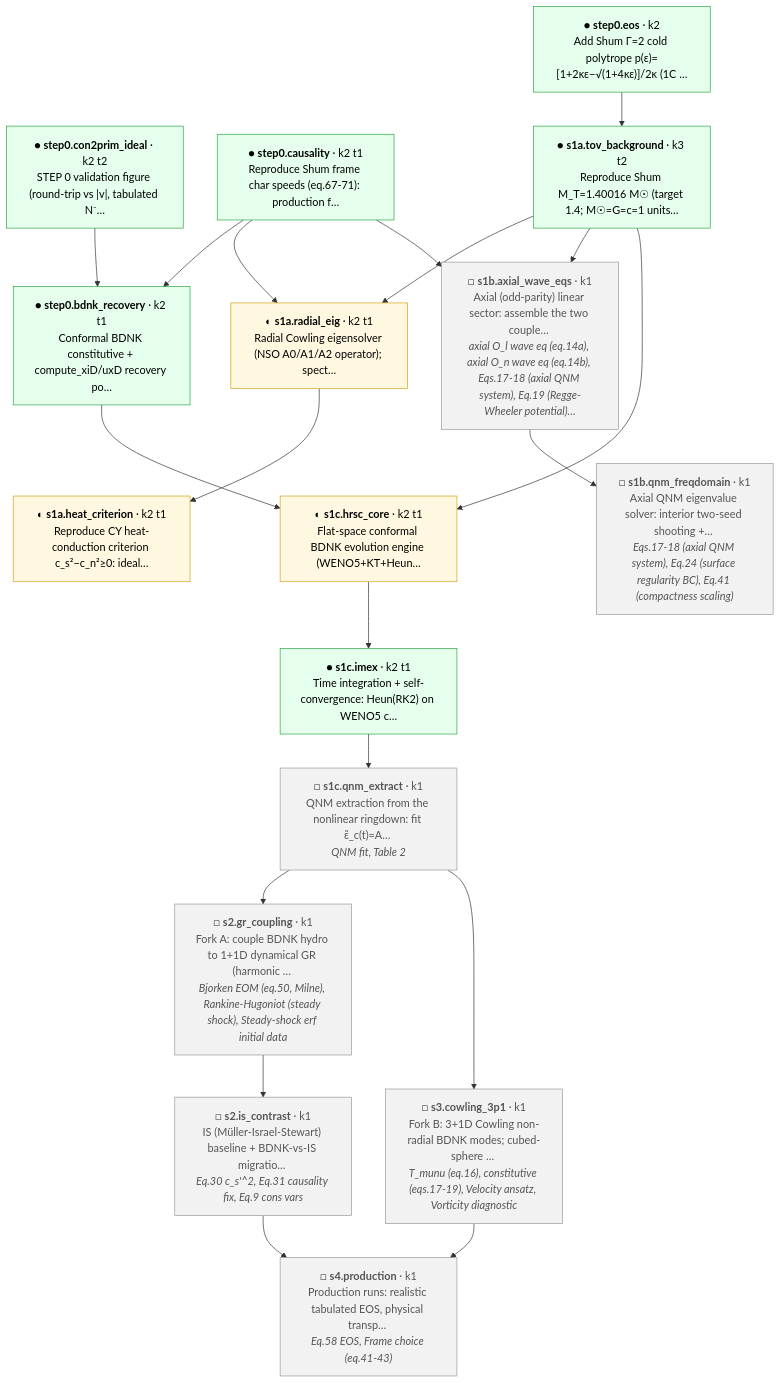
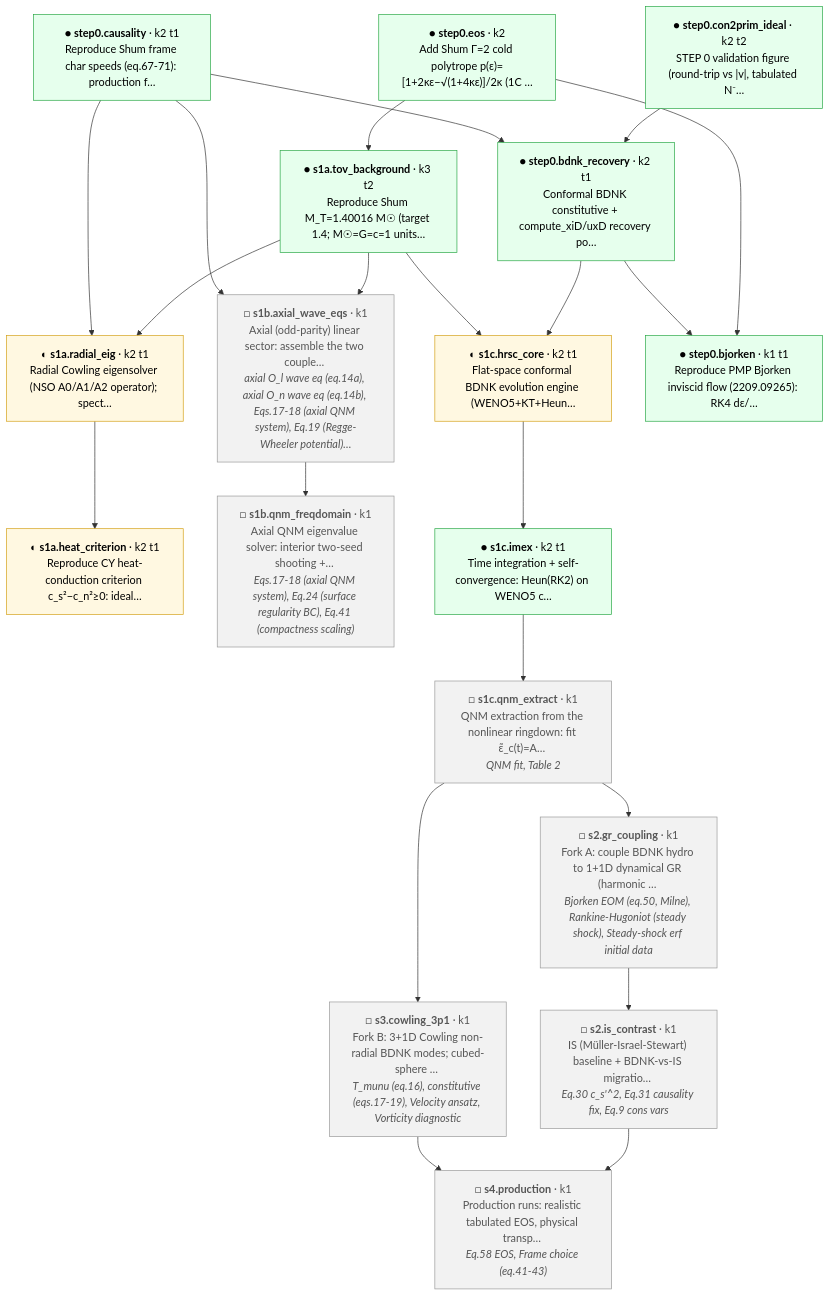
Before and after one commit to FoAKTEE/BDNK: the diagram in progress/dag/project_dag.md, drawn with Mermaid. The commit also changed other lines of this file and 11 other files, not shown here.

First line of the commit message:
feat(bjorken): reproduce PMP Bjorken flow — RK4 Q→16 (2209.09265)

````diff
--- a/progress/dag/project_dag.md
+++ b/progress/dag/project_dag.md
@@ -5,43 +5,46 @@
 ```mermaid
 flowchart TD
   n_step0_eos["● <b>step0.eos</b> · k2<br/>Add Shum Γ=2 cold polytrope p(ε)=[1+2κε−√(1+4κε)]/2κ (1C …"]:::solid
   n_step0_con2prim_ideal["● <b>step0.con2prim_ideal</b> · k2 t2<br/>STEP 0 validation figure (round-trip vs |v|, tabulated N⁻…"]:::solid
   n_step0_causality["● <b>step0.causality</b> · k2 t1<br/>Reproduce Shum frame char speeds (eq.67-71): production f…"]:::solid
   n_step0_bdnk_recovery["● <b>step0.bdnk_recovery</b> · k2 t1<br/>Conformal BDNK constitutive + compute_xiD/uxD recovery po…"]:::solid
   n_s1a_tov_background["● <b>s1a.tov_background</b> · k3 t2<br/>Reproduce Shum M_T=1.40016 M☉ (target 1.4; M☉=G=c=1 units…"]:::solid
   n_s1a_radial_eig["◐ <b>s1a.radial_eig</b> · k2 t1<br/>Radial Cowling eigensolver (NSO A0/A1/A2 operator); spect…"]:::preliminary
   n_s1a_heat_criterion["◐ <b>s1a.heat_criterion</b> · k2 t1<br/>Reproduce CY heat-conduction criterion c_s²−c_n²≥0: ideal…"]:::preliminary
   n_s1b_axial_wave_eqs["□ <b>s1b.axial_wave_eqs</b> · k1<br/>Axial (odd-parity) linear sector: assemble the two couple… <br/><i>axial O_l wave eq (eq.14a), axial O_n wave eq (eq.14b), Eqs.17-18 (axial QNM system), Eq.19 (Regge-Wheeler potential)…</i>"]:::future
   n_s1b_qnm_freqdomain["□ <b>s1b.qnm_freqdomain</b> · k1<br/>Axial QNM eigenvalue solver: interior two-seed shooting +… <br/><i>Eqs.17-18 (axial QNM system), Eq.24 (surface regularity BC), Eq.41 (compactness scaling)</i>"]:::future
   n_s1c_hrsc_core["◐ <b>s1c.hrsc_core</b> · k2 t1<br/>Flat-space conformal BDNK evolution engine (WENO5+KT+Heun…"]:::preliminary
   n_s1c_imex["● <b>s1c.imex</b> · k2 t1<br/>Time integration + self-convergence: Heun(RK2) on WENO5 c…"]:::solid
   n_s1c_qnm_extract["□ <b>s1c.qnm_extract</b> · k1<br/>QNM extraction from the nonlinear ringdown: fit ε̃_c(t)=A… <br/><i>QNM fit, Table 2</i>"]:::future
   n_s2_gr_coupling["□ <b>s2.gr_coupling</b> · k1<br/>Fork A: couple BDNK hydro to 1+1D dynamical GR (harmonic … <br/><i>Bjorken EOM (eq.50, Milne), Rankine-Hugoniot (steady shock), Steady-shock erf initial data</i>"]:::future
   n_s2_is_contrast["□ <b>s2.is_contrast</b> · k1<br/>IS (Müller-Israel-Stewart) baseline + BDNK-vs-IS migratio… <br/><i>Eq.30 c_s'^2, Eq.31 causality fix, Eq.9 cons vars</i>"]:::future
   n_s3_cowling_3p1["□ <b>s3.cowling_3p1</b> · k1<br/>Fork B: 3+1D Cowling non-radial BDNK modes; cubed-sphere … <br/><i>T_munu (eq.16), constitutive (eqs.17-19), Velocity ansatz, Vorticity diagnostic</i>"]:::future
   n_s4_production["□ <b>s4.production</b> · k1<br/>Production runs: realistic tabulated EOS, physical transp… <br/><i>Eq.58 EOS, Frame choice (eq.41-43)</i>"]:::future
+  n_step0_bjorken["● <b>step0.bjorken</b> · k1 t1<br/>Reproduce PMP Bjorken inviscid flow (2209.09265): RK4 dε/…"]:::solid
   n_step0_con2prim_ideal --> n_step0_bdnk_recovery
   n_step0_causality --> n_step0_bdnk_recovery
   n_step0_eos --> n_s1a_tov_background
   n_s1a_tov_background --> n_s1a_radial_eig
   n_step0_causality --> n_s1a_radial_eig
   n_s1a_radial_eig --> n_s1a_heat_criterion
   n_s1a_tov_background --> n_s1b_axial_wave_eqs
   n_step0_causality --> n_s1b_axial_wave_eqs
   n_s1b_axial_wave_eqs --> n_s1b_qnm_freqdomain
   n_step0_bdnk_recovery --> n_s1c_hrsc_core
   n_s1a_tov_background --> n_s1c_hrsc_core
   n_s1c_hrsc_core --> n_s1c_imex
   n_s1c_imex --> n_s1c_qnm_extract
   n_s1c_qnm_extract --> n_s2_gr_coupling
   n_s2_gr_coupling --> n_s2_is_contrast
   n_s1c_qnm_extract --> n_s3_cowling_3p1
   n_s2_is_contrast --> n_s4_production
   n_s3_cowling_3p1 --> n_s4_production
+  n_step0_eos --> n_step0_bjorken
+  n_step0_bdnk_recovery --> n_step0_bjorken
   classDef solid fill:#e6ffed,stroke:#28a745,color:#000;
   classDef preliminary fill:#fff8e1,stroke:#d4a017,color:#000;
   classDef hypothesis fill:#e7f0ff,stroke:#4977c7,color:#000;
   classDef blocking fill:#ffe3e3,stroke:#d33,color:#000;
   classDef future fill:#f2f2f2,stroke:#999,color:#555;
   classDef amended fill:#f0f0f0,stroke:#aaa,color:#888;
 ```
````
